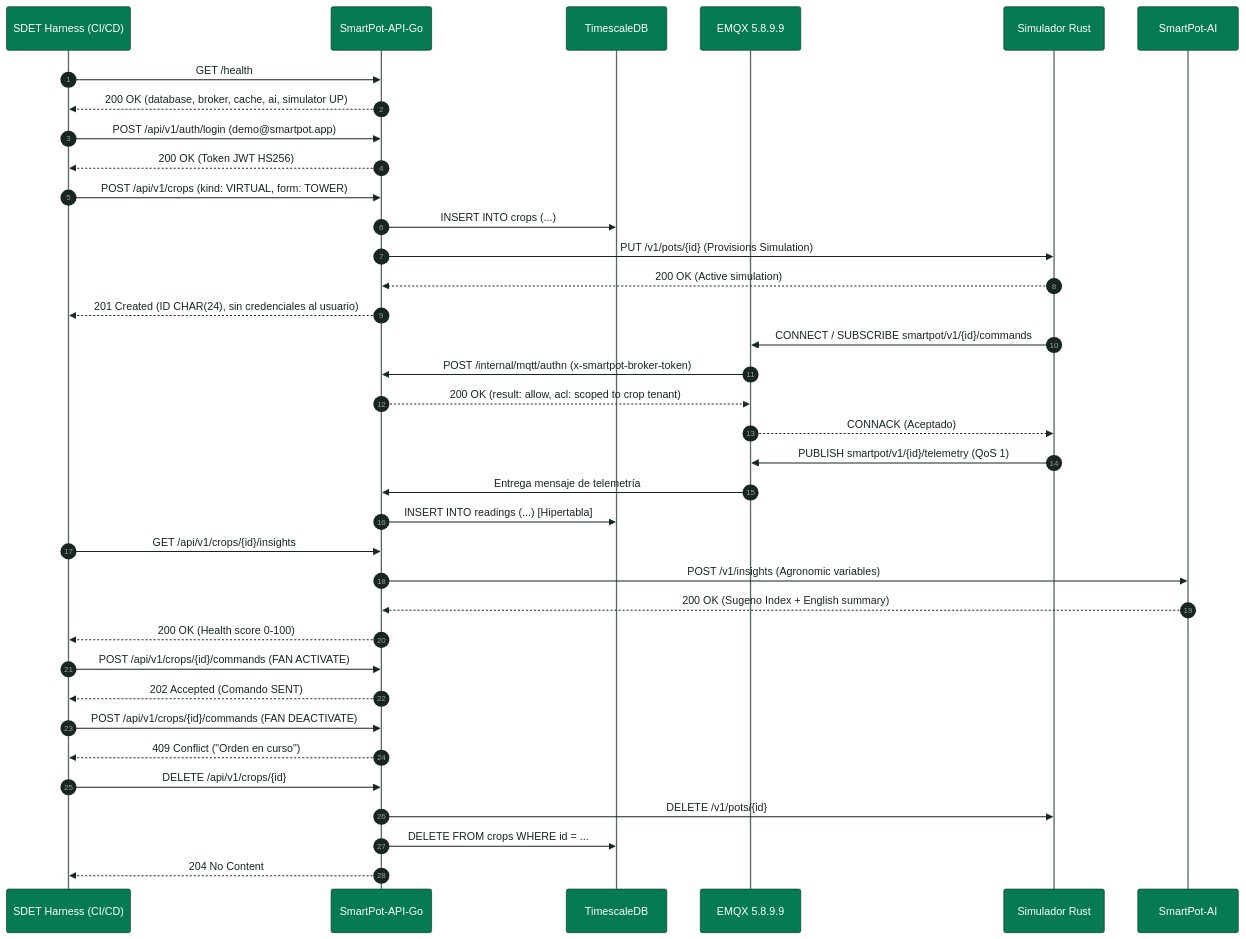
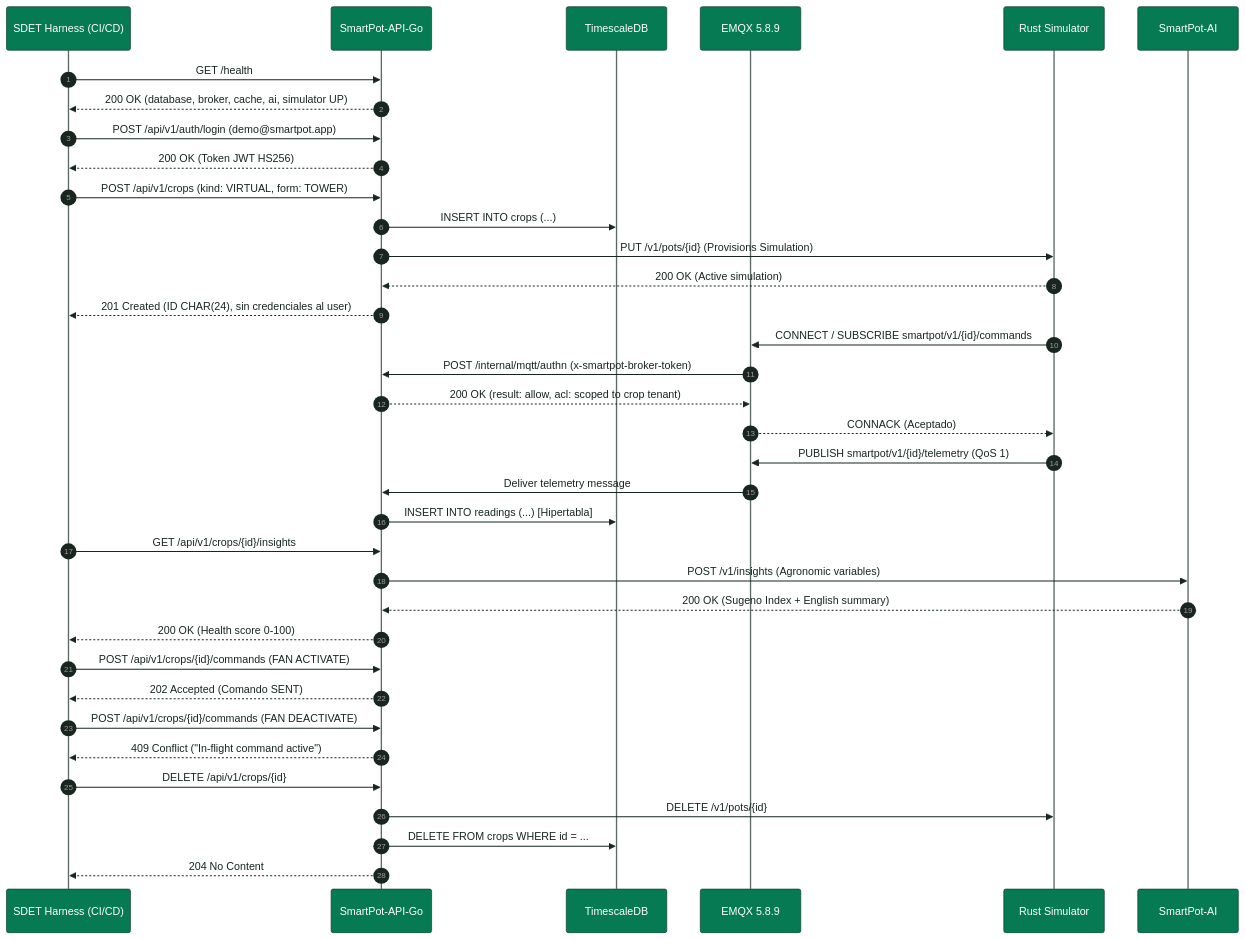
Before and after one commit to SmartPotTech/.github: the first of 2 diagrams in docs/SmartPot_QA_Audit_AB.md, drawn with Mermaid. The commit also changed other lines of this file and 78 other files, not shown here.

Commit message:
docs(architecture): update and standardize architecture diagrams via archify [skip deploy] #no-deploy

````diff
--- a/docs/SmartPot_QA_Audit_AB.md
+++ b/docs/SmartPot_QA_Audit_AB.md
@@ -75,47 +75,47 @@
 ```mermaid
 %%{init: {"theme": "base", "fontFamily": "Segoe UI, Arial, sans-serif", "themeVariables": {"fontFamily": "Segoe UI, Arial, sans-serif", "fontSize": "15px", "primaryColor": "#DDF5EA", "primaryTextColor": "#17261F", "primaryBorderColor": "#067A52", "secondaryColor": "#E3F2FB", "secondaryTextColor": "#17261F", "secondaryBorderColor": "#1F6FA0", "tertiaryColor": "#F2F7F4", "tertiaryTextColor": "#17261F", "tertiaryBorderColor": "#D5E3DC", "lineColor": "#5B6B63", "textColor": "#17261F", "mainBkg": "#DDF5EA", "nodeBorder": "#067A52", "clusterBkg": "#F7FAF8", "clusterBorder": "#D5E3DC", "edgeLabelBackground": "#FFFFFF", "actorBkg": "#067A52", "actorBorder": "#0B3D2B", "actorTextColor": "#FFFFFF", "actorLineColor": "#5B6B63", "signalColor": "#17261F", "signalTextColor": "#17261F", "labelBoxBkgColor": "#0B3D2B", "labelBoxBorderColor": "#0B3D2B", "labelTextColor": "#FFFFFF", "loopTextColor": "#0B3D2B", "noteBkgColor": "#FDF4DD", "noteBorderColor": "#C98D12", "noteTextColor": "#17261F", "activationBkgColor": "#DDF5EA", "activationBorderColor": "#067A52", "attributeBackgroundColorOdd": "#FFFFFF", "attributeBackgroundColorEven": "#F2F7F4"}}}%%
 sequenceDiagram
   autonumber
   participant SDET as SDET Harness (CI/CD)
   participant API as SmartPot-API-Go
   participant DB as TimescaleDB
-  participant BROKER as EMQX 5.8.9.9
-  participant SIM as Simulador Rust
+  participant BROKER as EMQX 5.8.9
+  participant SIM as Rust Simulator
   participant AI as SmartPot-AI
 
   SDET->>API: GET /health
   API-->>SDET: 200 OK (database, broker, cache, ai, simulator UP)
   
   SDET->>API: POST /api/v1/auth/login (demo@smartpot.app)
   API-->>SDET: 200 OK (Token JWT HS256)
 
   SDET->>API: POST /api/v1/crops (kind: VIRTUAL, form: TOWER)
   API->>DB: INSERT INTO crops (...)
   API->>SIM: PUT /v1/pots/{id} (Provisions Simulation)
   SIM-->>API: 200 OK (Active simulation)
-  API-->>SDET: 201 Created (ID CHAR(24), sin credenciales al usuario)
+  API-->>SDET: 201 Created (ID CHAR(24), sin credenciales al user)
 
   SIM->>BROKER: CONNECT / SUBSCRIBE smartpot/v1/{id}/commands
   BROKER->>API: POST /internal/mqtt/authn (x-smartpot-broker-token)
   API-->>BROKER: 200 OK (result: allow, acl: scoped to crop tenant)
   BROKER-->>SIM: CONNACK (Aceptado)
 
   SIM->>BROKER: PUBLISH smartpot/v1/{id}/telemetry (QoS 1)
-  BROKER->>API: Entrega mensaje de telemetría
+  BROKER->>API: Deliver telemetry message
   API->>DB: INSERT INTO readings (...) [Hipertabla]
 
   SDET->>API: GET /api/v1/crops/{id}/insights
   API->>AI: POST /v1/insights (Agronomic variables)
   AI-->>API: 200 OK (Sugeno Index + English summary)
   API-->>SDET: 200 OK (Health score 0-100)
 
   SDET->>API: POST /api/v1/crops/{id}/commands (FAN ACTIVATE)
   API-->>SDET: 202 Accepted (Comando SENT)
   SDET->>API: POST /api/v1/crops/{id}/commands (FAN DEACTIVATE)
-  API-->>SDET: 409 Conflict ("Orden en curso")
+  API-->>SDET: 409 Conflict ("In-flight command active")
 
   SDET->>API: DELETE /api/v1/crops/{id}
   API->>SIM: DELETE /v1/pots/{id}
   API->>DB: DELETE FROM crops WHERE id = ...
   API-->>SDET: 204 No Content
 ```
````
